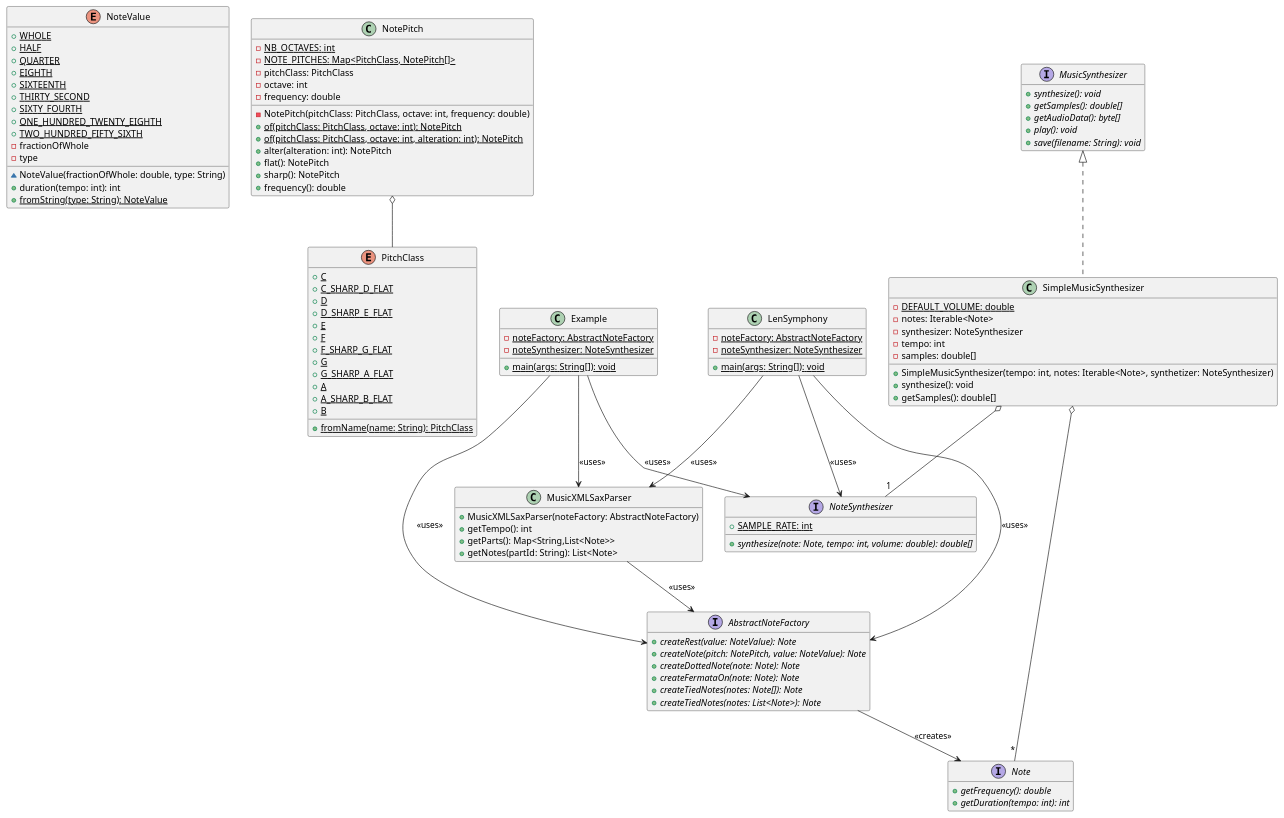
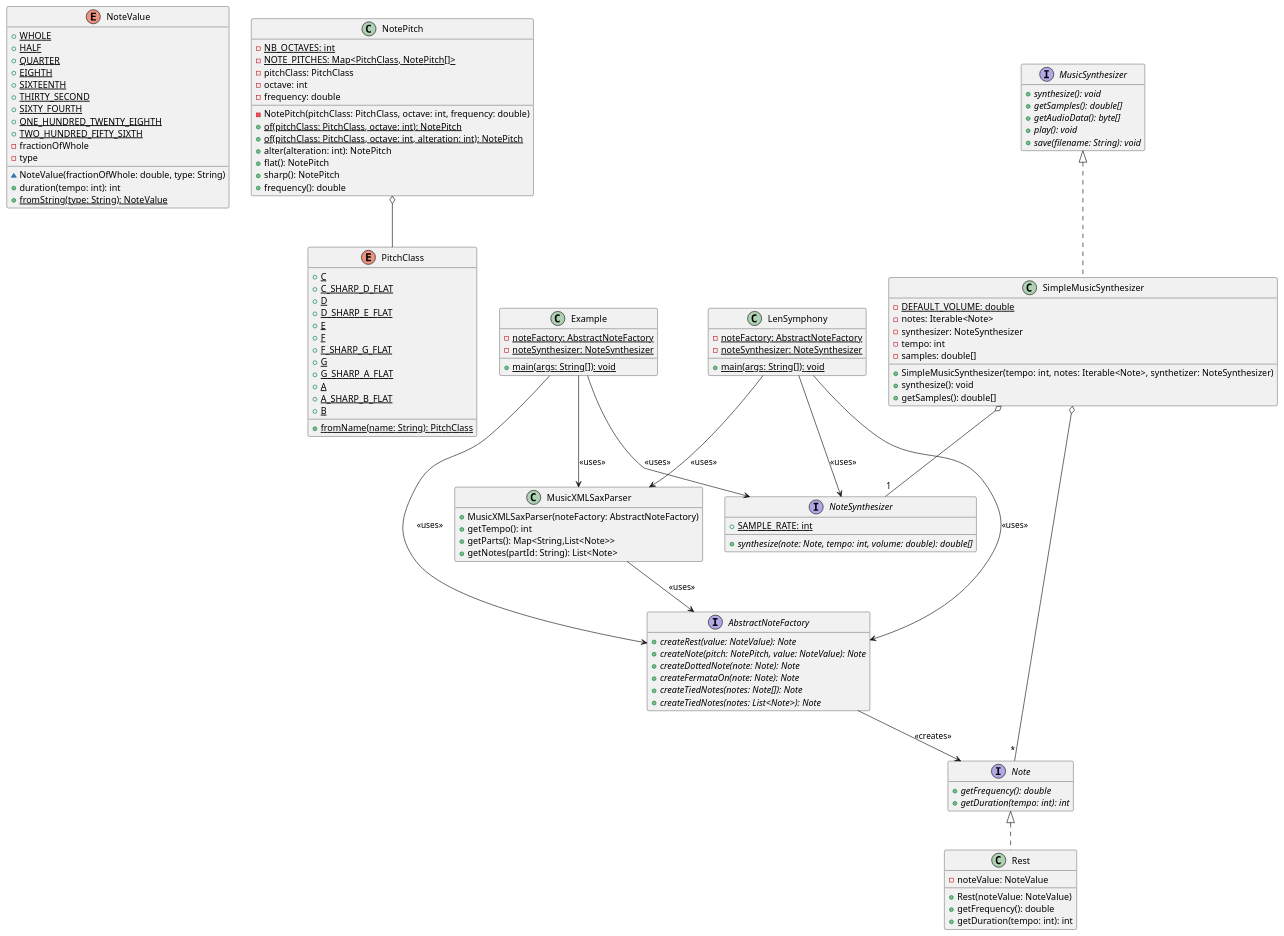
The diagram in README.md (Flamaiche/lensymphony), drawn with PlantUML before and after one commit.

Commit message:
Ajout de ma classe Rest dans le diagramme de classe dans le README  (Sprint 1 ticket #6)

```diff
--- a/README.md
+++ b/README.md
@@ -70,6 +70,13 @@
 interface Note {
     + {abstract} getFrequency(): double
     + {abstract} getDuration(tempo: int): int
+}
+
+class Rest implements Note {
+    -noteValue: NoteValue
+    +Rest(noteValue: NoteValue)
+    +getFrequency(): double
+    +getDuration(tempo: int): int
 }
 
 interface AbstractNoteFactory {
```
